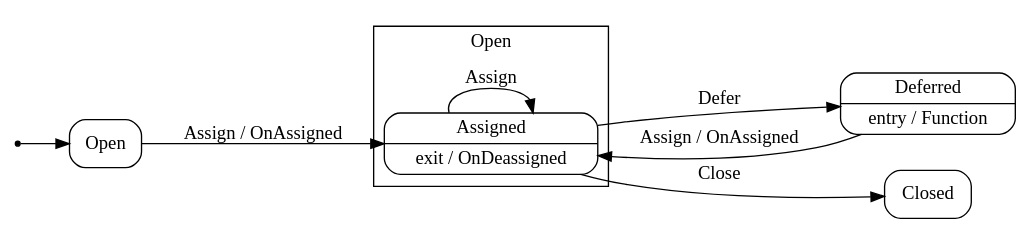
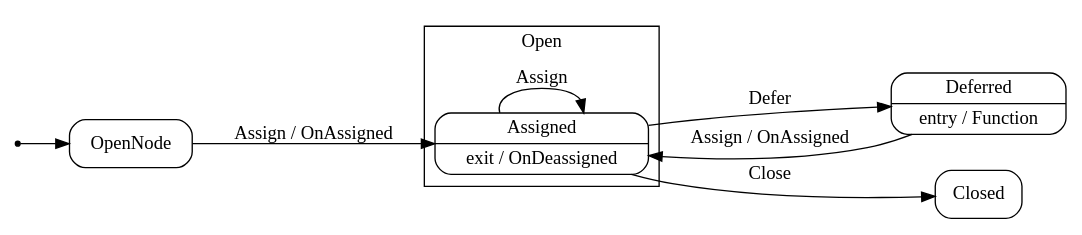
Before and after one commit to Rubjerg/Graphviz.NetWrapper: the diagram in Rubjerg.Graphviz/missing-label-repro.dot, drawn with Graphviz. The commit also changed 4 other files, not shown here.

```diff
--- a/Rubjerg.Graphviz/missing-label-repro.dot
+++ b/Rubjerg.Graphviz/missing-label-repro.dot
@@ -1,21 +1,21 @@
 digraph {
     compound=true;
     node [shape=Mrecord]
     rankdir="LR"
 
     subgraph "clusterOpen"
     {
         label = "Open"
         "Assigned" [label="Assigned|exit / OnDeassigned"];
     }
     "Deferred" [label="Deferred|entry / Function"];
     "Closed" [label="Closed"];
 
-    "Open" -> "Assigned" [style="solid", label="Assign / OnAssigned"];
+    "OpenNode" -> "Assigned" [style="solid", label="Assign / OnAssigned"];
     "Assigned" -> "Assigned" [style="solid", label="Assign"];
     "Assigned" -> "Closed" [style="solid", label="Close"];
     "Assigned" -> "Deferred" [style="solid", label="Defer"];
     "Deferred" -> "Assigned" [style="solid", label="Assign / OnAssigned"];
     init [label="", shape=point];
-    init -> "Open"[style = "solid"]
+    init -> "OpenNode"[style = "solid"]
 }
```
